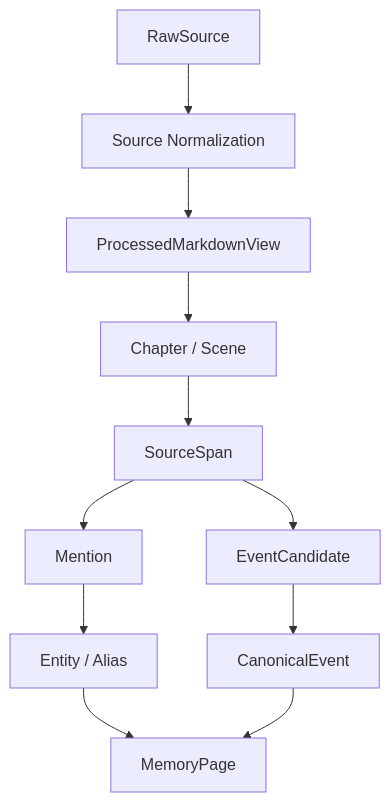
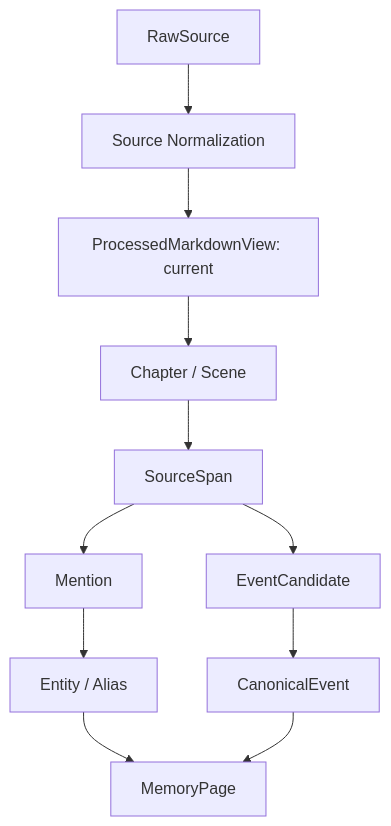
Before and after one commit to FrankQDWang/sextantlabs: the fifth of 5 diagrams in goals/16-source-normalization.md, drawn with Mermaid. The commit also changed other lines of this file, not shown here.

Commit message:
Add current view constraint to source normalization

````diff
--- a/goals/16-source-normalization.md
+++ b/goals/16-source-normalization.md
@@ -231,13 +246,13 @@
 ```mermaid
 flowchart TD
     A[RawSource] --> B[Source Normalization]
-    B --> C[ProcessedMarkdownView]
+    B --> C[ProcessedMarkdownView: current]
     C --> D[Chapter / Scene]
     D --> E[SourceSpan]
     E --> F[Mention]
     E --> G[EventCandidate]
     F --> H[Entity / Alias]
     G --> I[CanonicalEvent]
     H --> J[MemoryPage]
     I --> J
 ```
````
